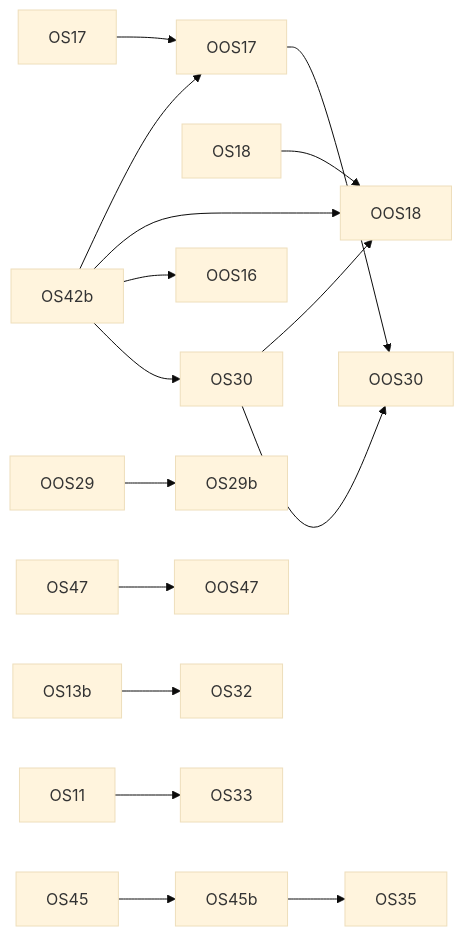
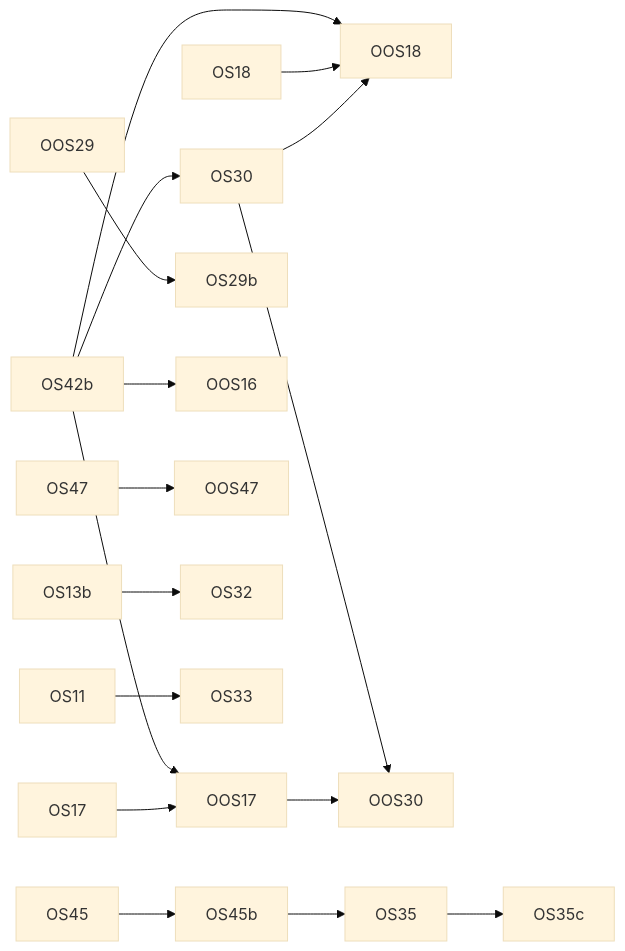
Before and after one commit to diy-accounting-uk/submit.diyaccounting.co.uk: the diagram in PLAN_ORGANIC_SEARCH.md, drawn with Mermaid (base theme). The commit also changed other lines of this file and 1 other file, not shown here.

````diff
--- a/PLAN_ORGANIC_SEARCH.md
+++ b/PLAN_ORGANIC_SEARCH.md
@@ -902,18 +903,19 @@
 ```mermaid
 flowchart LR
   OS42b --> OOS17
   OS42b --> OOS18
   OS17 --> OOS17
   OS18 --> OOS18
   OS30 --> OOS18
   OOS29 --> OS29b
   OS42b --> OOS16
   OS47 --> OOS47
   OS30 --> OOS30
   OOS17 --> OOS30
   OS13b --> OS32
   OS42b --> OS30
   OS11 --> OS33
   OS45 --> OS45b
   OS45b --> OS35
+  OS35 --> OS35c
 ```
````
